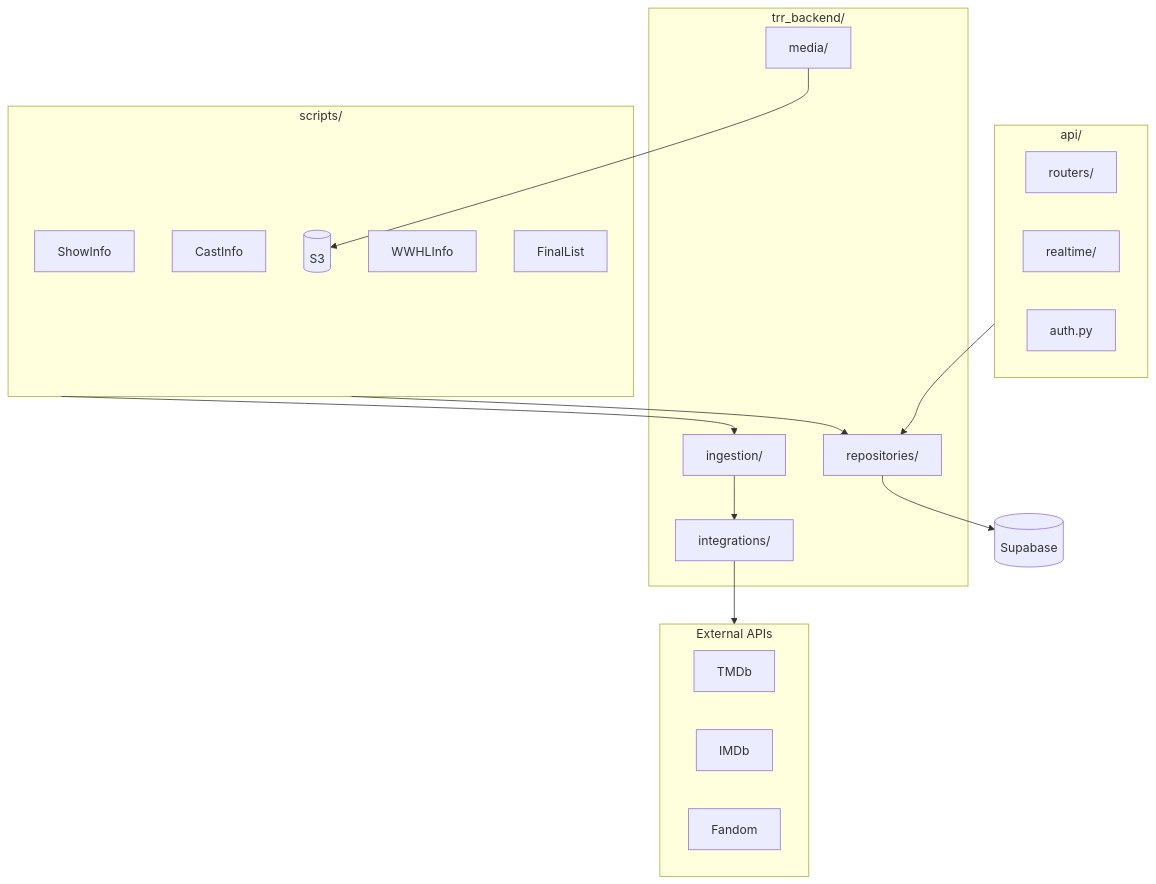
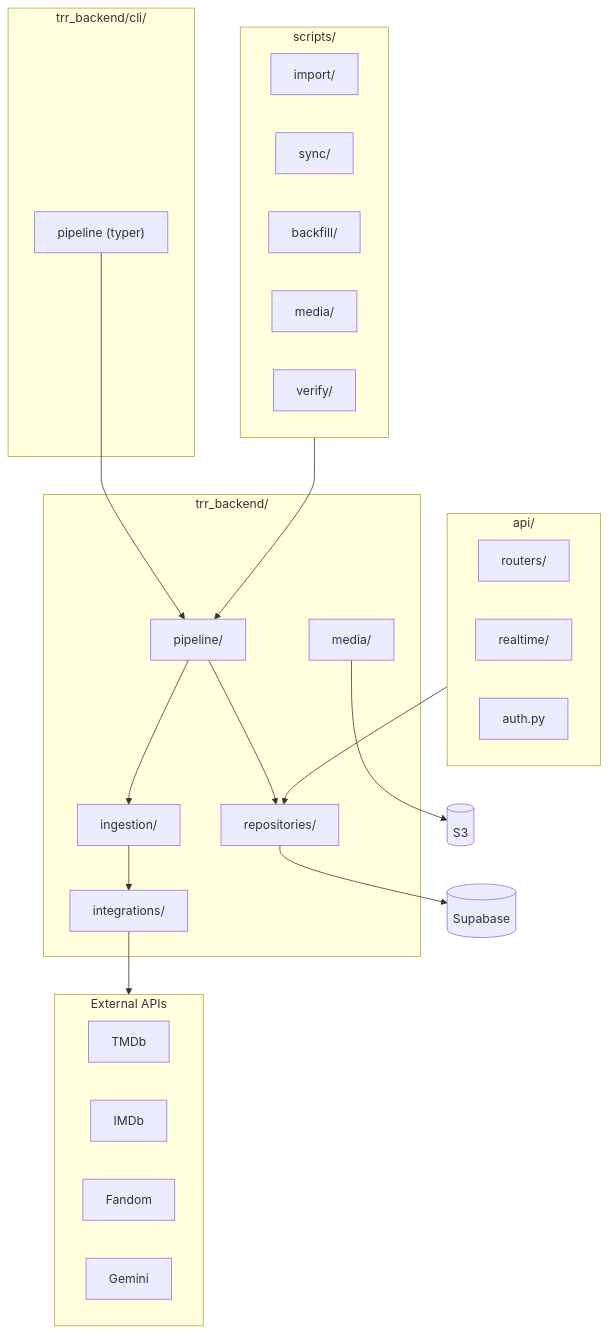
The first of 2 diagrams in docs/Repository/diagrams/system_maps.md (therealityreport/trr-backend), drawn with Mermaid before and after one commit. The commit also changed other lines of this file and 128 other files, not shown here.

Commit message:
Reorganize pipeline docs and scripts

````diff
--- a/docs/Repository/diagrams/system_maps.md
+++ b/docs/Repository/diagrams/system_maps.md
@@ -5,37 +5,45 @@
 ```mermaid
 flowchart TB
     subgraph scripts["scripts/"]
-        s1["ShowInfo"]
-        s2["CastInfo"]
-        s3["RealiteaseInfo"]
-        s4["WWHLInfo"]
-        s5["FinalList"]
+        import_scripts["import/"]
+        sync_scripts["sync/"]
+        backfill_scripts["backfill/"]
+        media_scripts["media/"]
+        verify_scripts["verify/"]
+    end
+
+    subgraph cli["trr_backend/cli/"]
+        pipeline_cli["pipeline (typer)"]
     end
 
     subgraph api["api/"]
         routers["routers/"]
         realtime["realtime/"]
         auth["auth.py"]
     end
 
     subgraph trr["trr_backend/"]
         repos["repositories/"]
         integrations["integrations/"]
         ingestion["ingestion/"]
+        pipeline["pipeline/"]
         media["media/"]
     end
 
     subgraph external["External APIs"]
         tmdb["TMDb"]
         imdb["IMDb"]
         fandom["Fandom"]
+        gemini["Gemini"]
     end
 
-    scripts --> repos
-    scripts --> ingestion
+    pipeline_cli --> pipeline
+    scripts --> pipeline
+    pipeline --> repos
+    pipeline --> ingestion
     api --> repos
     ingestion --> integrations
     integrations --> external
     repos --> db[(Supabase)]
     media --> s3[(S3)]
 ```
````
